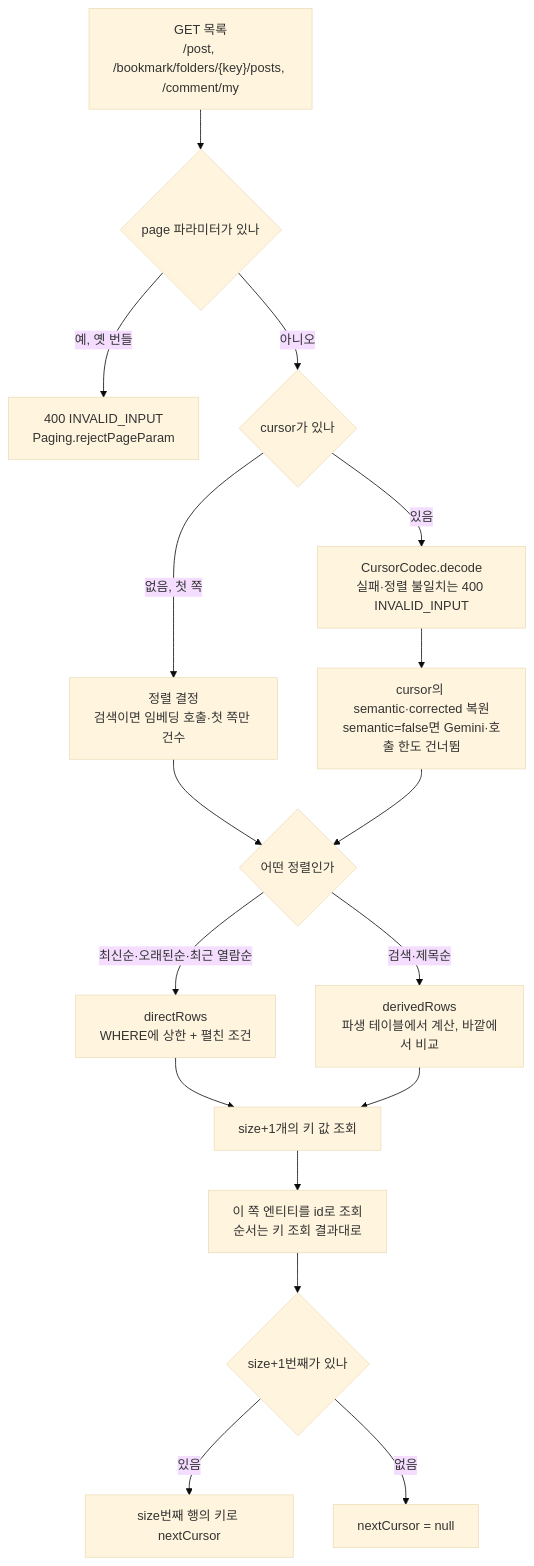
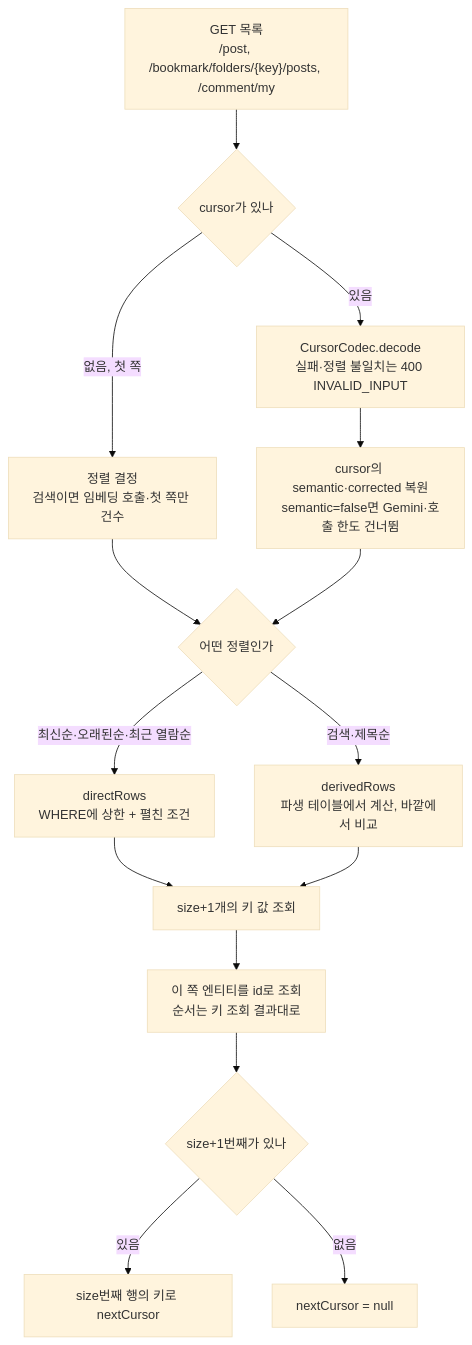
The second of 3 diagrams in docs/PAGINATION.md (BAECHAN/link-sphere_BE_NEW), drawn with Mermaid (base theme) before and after one commit. The commit also changed other lines of this file and 12 other files, not shown here.

````diff
--- a/docs/PAGINATION.md
+++ b/docs/PAGINATION.md
@@ -80,19 +80,17 @@
 ```mermaid
 flowchart TD
-  R["GET 목록<br/>/post, /bookmark/folders/{key}/posts, /comment/my"] --> P{"page 파라미터가 있나"}
-  P -->|"예, 옛 번들"| O["400 INVALID_INPUT<br/>Paging.rejectPageParam"]
-  P -->|아니오| C{"cursor가 있나"}
+  R["GET 목록<br/>/post, /bookmark/folders/{key}/posts, /comment/my"] --> C{"cursor가 있나"}
   C -->|없음, 첫 쪽| S["정렬 결정<br/>검색이면 임베딩 호출·첫 쪽만 건수"]
   C -->|있음| V["CursorCodec.decode<br/>실패·정렬 불일치는 400 INVALID_INPUT"]
   V --> S2["cursor의 semantic·corrected 복원<br/>semantic=false면 Gemini·호출 한도 건너뜀"]
   S --> Q{"어떤 정렬인가"}
   S2 --> Q
   Q -->|"최신순·오래된순·최근 열람순"| I["directRows<br/>WHERE에 상한 + 펼친 조건"]
   Q -->|"검색·제목순"| D["derivedRows<br/>파생 테이블에서 계산, 바깥에서 비교"]
   I --> L["size+1개의 키 값 조회"]
   D --> L
   L --> E["이 쪽 엔티티를 id로 조회<br/>순서는 키 조회 결과대로"]
   E --> N{"size+1번째가 있나"}
   N -->|있음| NC["size번째 행의 키로 nextCursor"]
   N -->|없음| NN["nextCursor = null"]
 ```
````
